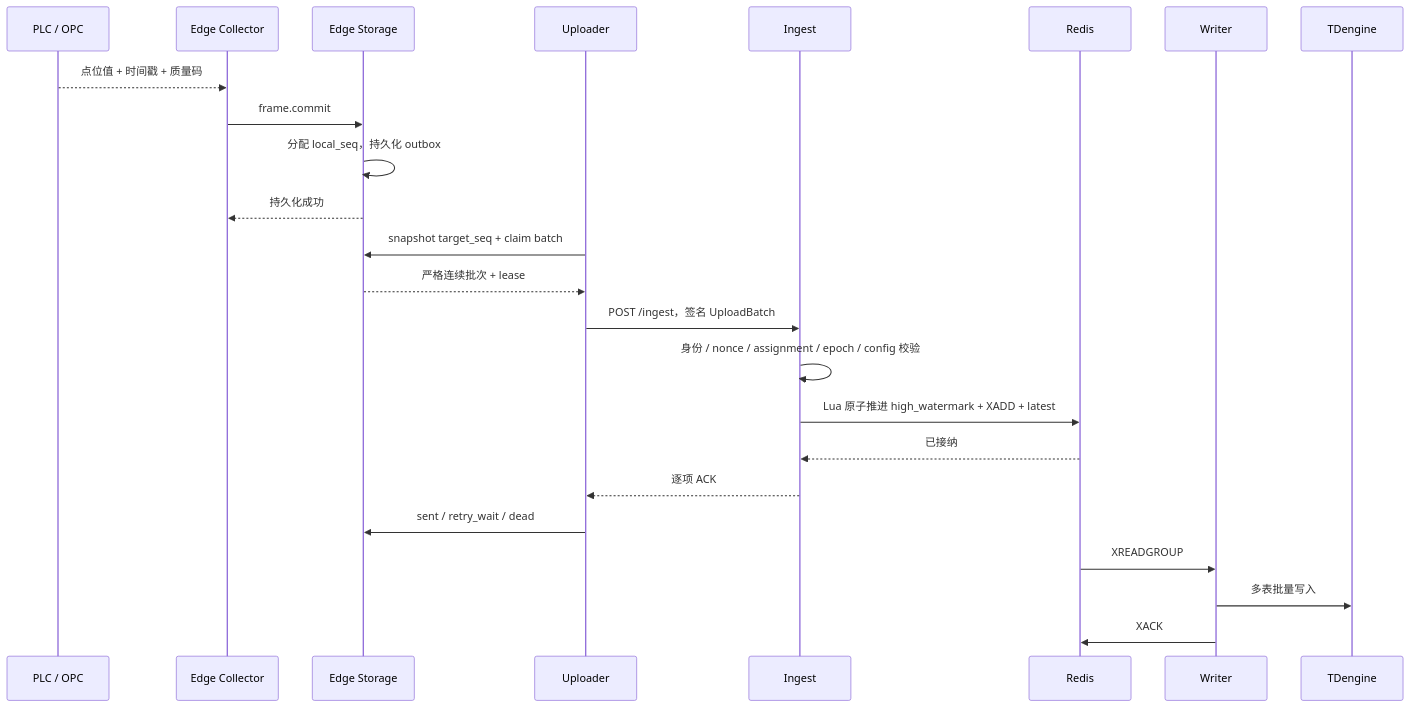
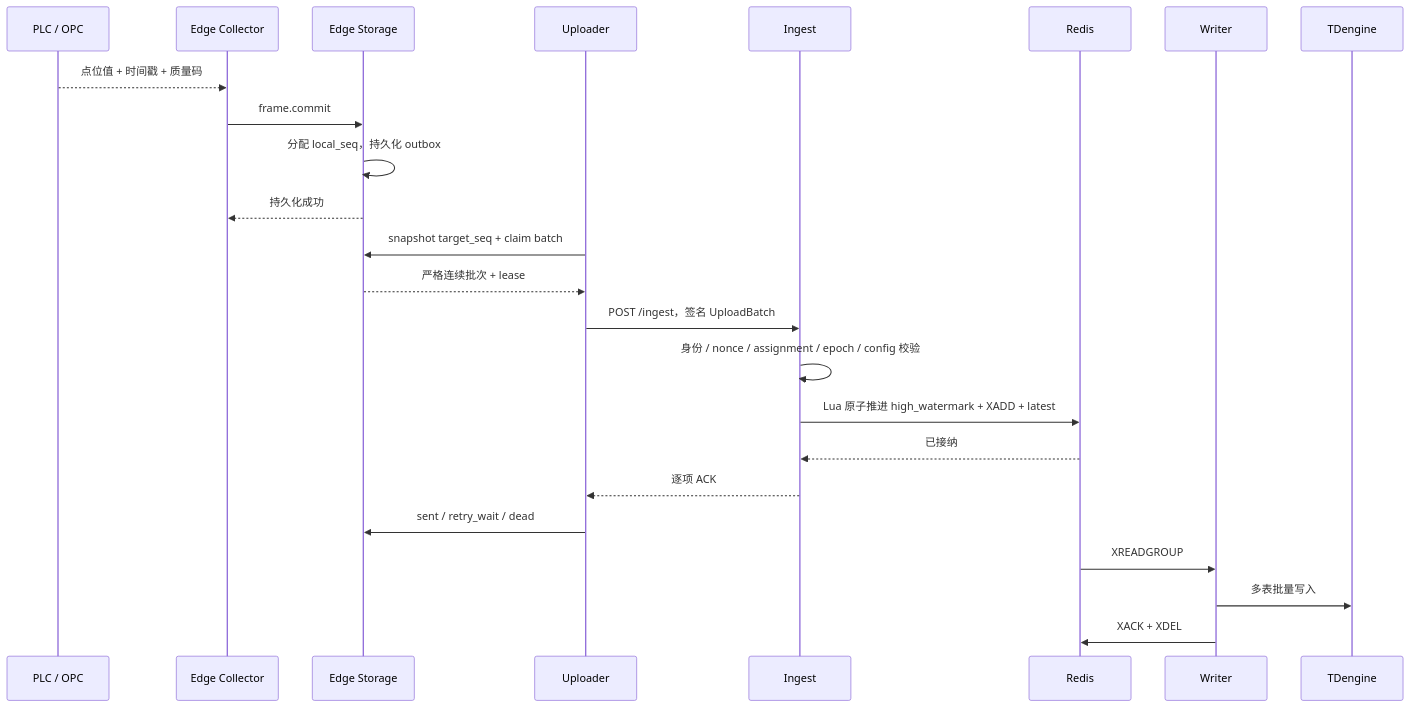
Before and after one commit to Hry1729/data_watch: the third of 4 diagrams in docs/01-总体设计/分布式系统技术架构.md, drawn with Mermaid. The commit also changed other lines of this file and 55 other files, not shown here.

````diff
--- a/docs/01-总体设计/分布式系统技术架构.md
+++ b/docs/01-总体设计/分布式系统技术架构.md
@@ -150,27 +150,27 @@
 ```mermaid
 sequenceDiagram
     participant DEV as PLC / OPC
     participant COL as Edge Collector
     participant ST as Edge Storage
     participant UP as Uploader
     participant IN as Ingest
     participant R as Redis
     participant WR as Writer
     participant TD as TDengine
 
     DEV-->>COL: 点位值 + 时间戳 + 质量码
     COL->>ST: frame.commit
     ST->>ST: 分配 local_seq，持久化 outbox
     ST-->>COL: 持久化成功
     UP->>ST: snapshot target_seq + claim batch
     ST-->>UP: 严格连续批次 + lease
     UP->>IN: POST /ingest，签名 UploadBatch
     IN->>IN: 身份 / nonce / assignment / epoch / config 校验
     IN->>R: Lua 原子推进 high_watermark + XADD + latest
     R-->>IN: 已接纳
     IN-->>UP: 逐项 ACK
     UP->>ST: sent / retry_wait / dead
     R->>WR: XREADGROUP
     WR->>TD: 多表批量写入
-    WR->>R: XACK
+    WR->>R: XACK + XDEL
 ```
````
